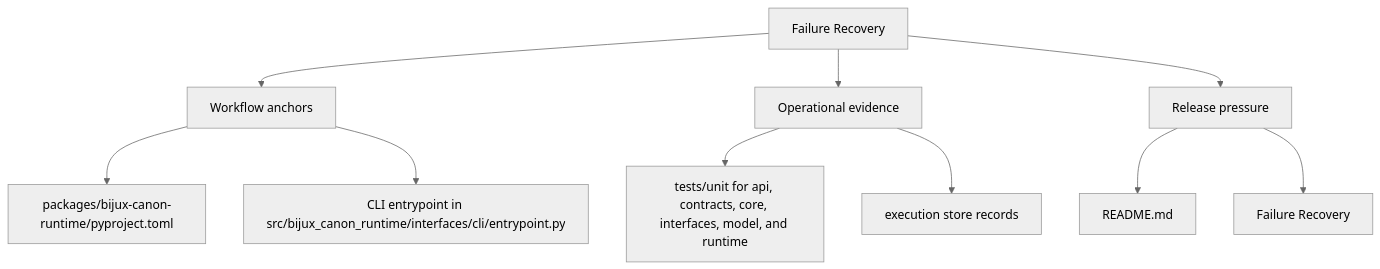
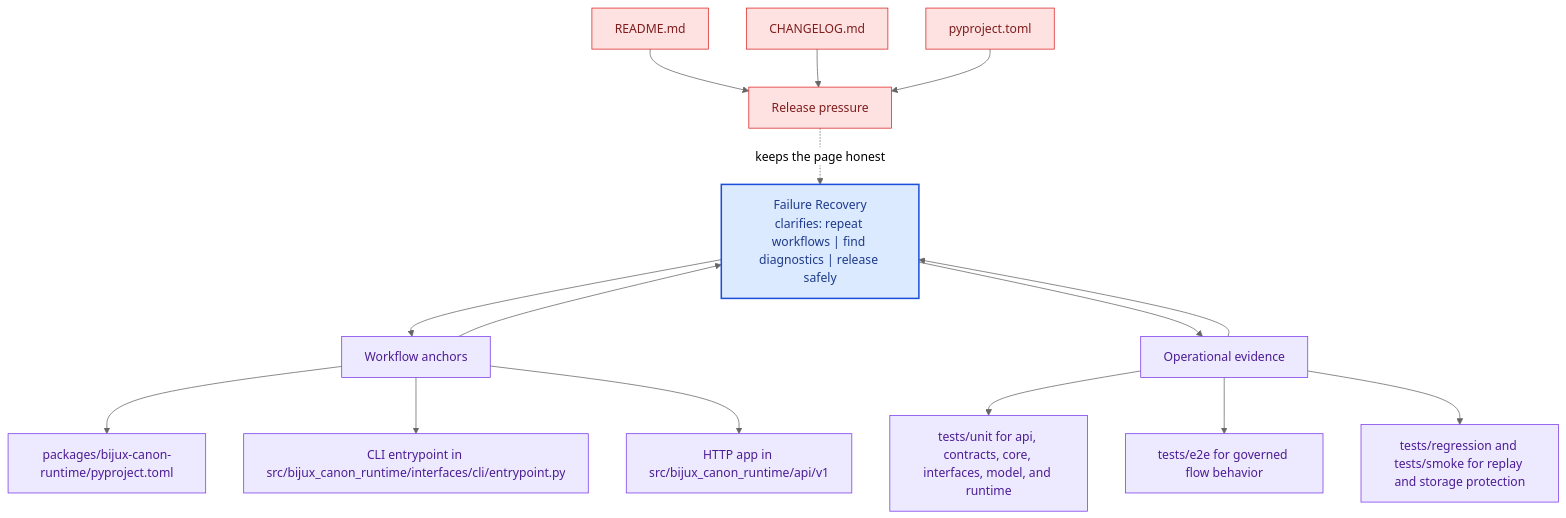
One commit to bijux/bijux-canon changed the second of 2 diagrams in docs/bijux-canon-runtime/operations/failure-recovery.md. Above: the diagram before and after it, drawn with Mermaid (neutral theme). The commit also changed other lines of this file and 281 other files, not shown here.

Commit message:
docs(diagrams): deepen handbook mermaid maps across the catalog

````diff
--- a/docs/bijux-canon-runtime/operations/failure-recovery.md
+++ b/docs/bijux-canon-runtime/operations/failure-recovery.md
@@ -34,22 +67,41 @@
 ```mermaid
-flowchart TD
-    page["Failure Recovery"]
+flowchart TB
+    promise["Failure Recovery<br/>clarifies: repeat workflows | find diagnostics | release safely"]
+    classDef promise fill:#dbeafe,stroke:#1d4ed8,color:#1e3a8a,stroke-width:2px;
+    classDef driver fill:#dcfce7,stroke:#16a34a,color:#14532d;
+    classDef constraint fill:#fee2e2,stroke:#dc2626,color:#7f1d1d;
+    classDef ground fill:#ede9fe,stroke:#7c3aed,color:#4c1d95;
     focus1["Workflow anchors"]
-    page --> focus1
+    focus1 --> promise
+    promise --> focus1
     focus1_1["packages/bijux-canon-runtime/pyproject.toml"]
     focus1 --> focus1_1
     focus1_2["CLI entrypoint in src/bijux_canon_runtime/interfaces/cli/entrypoint.py"]
     focus1 --> focus1_2
+    focus1_3["HTTP app in src/bijux_canon_runtime/api/v1"]
+    focus1 --> focus1_3
+    class focus1 ground;
+    class focus1_1,focus1_2,focus1_3 ground;
     focus2["Operational evidence"]
-    page --> focus2
+    focus2 --> promise
+    promise --> focus2
     focus2_1["tests/unit for api, contracts, core, interfaces, model, and runtime"]
     focus2 --> focus2_1
-    focus2_2["execution store records"]
+    focus2_2["tests/e2e for governed flow behavior"]
     focus2 --> focus2_2
+    focus2_3["tests/regression and tests/smoke for replay and storage protection"]
+    focus2 --> focus2_3
+    class focus2 ground;
+    class focus2_1,focus2_2,focus2_3 ground;
     focus3["Release pressure"]
-    page --> focus3
+    focus3 -.keeps the page honest.-> promise
     focus3_1["README.md"]
-    focus3 --> focus3_1
-    focus3_2["Failure Recovery"]
-    focus3 --> focus3_2
+    focus3_1 --> focus3
+    focus3_2["CHANGELOG.md"]
+    focus3_2 --> focus3
+    focus3_3["pyproject.toml"]
+    focus3_3 --> focus3
+    class focus3 constraint;
+    class focus3_1,focus3_2,focus3_3 constraint;
+    class promise promise;
 ```
````
